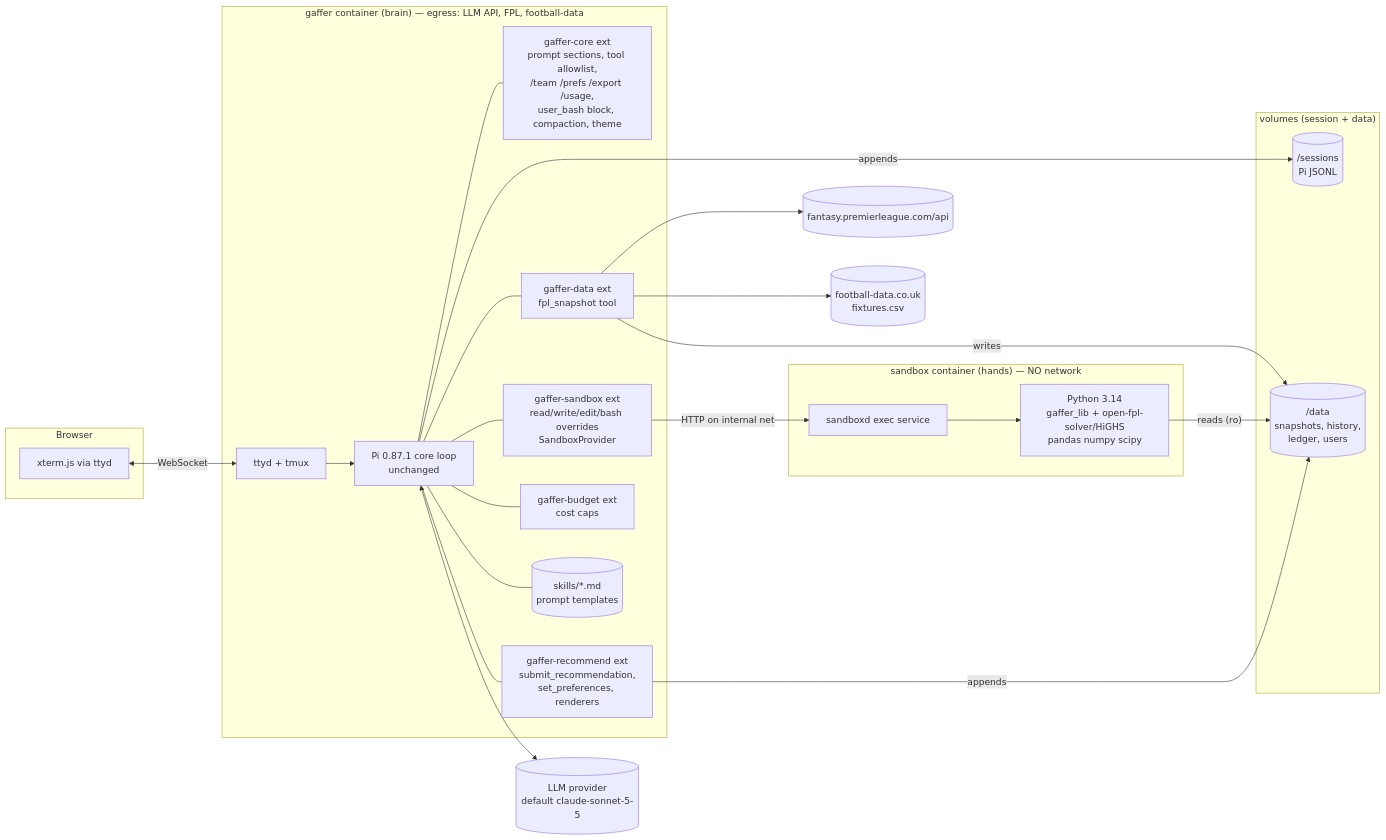
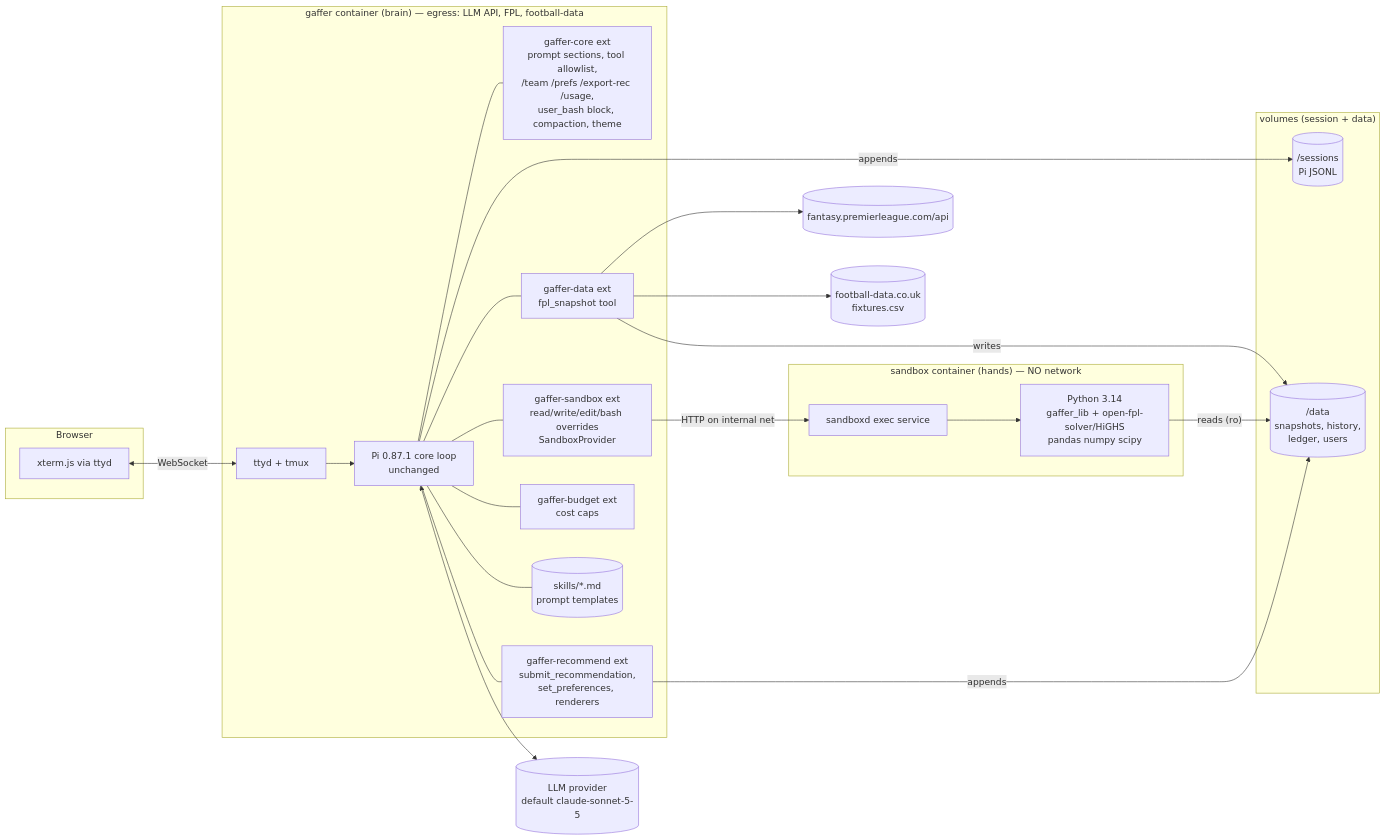
The first of 3 diagrams in docs/ARCHITECTURE.md (chrisxrobinson/gaffer), drawn with Mermaid before and after one commit. The commit also changed other lines of this file and 77 other files, not shown here.

````diff
--- a/docs/ARCHITECTURE.md
+++ b/docs/ARCHITECTURE.md
@@ -14,35 +14,35 @@
 ```mermaid
 flowchart LR
   subgraph Browser
     X[xterm.js via ttyd]
   end
   subgraph gaffer["gaffer container (brain) — egress: LLM API, FPL, football-data"]
     T[ttyd + tmux] --> P[Pi 0.87.1 core loop<br/>unchanged]
-    P --- E1[gaffer-core ext<br/>prompt sections, tool allowlist,<br/>/team /prefs /export /usage,<br/>user_bash block, compaction, theme]
+    P --- E1[gaffer-core ext<br/>prompt sections, tool allowlist,<br/>/team /prefs /export-rec /usage,<br/>user_bash block, compaction, theme]
     P --- E2[gaffer-sandbox ext<br/>read/write/edit/bash overrides<br/>SandboxProvider]
     P --- E3[gaffer-data ext<br/>fpl_snapshot tool]
     P --- E4[gaffer-recommend ext<br/>submit_recommendation,<br/>set_preferences, renderers]
     P --- E5[gaffer-budget ext<br/>cost caps]
     P --- SK[(skills/*.md<br/>prompt templates)]
   end
   subgraph sandbox["sandbox container (hands) — NO network"]
     SD[sandboxd exec service] --> PY[Python 3.14<br/>gaffer_lib + open-fpl-solver/HiGHS<br/>pandas numpy scipy]
   end
   subgraph vols["volumes (session + data)"]
     S[(/sessions<br/>Pi JSONL)]
     D[(/data<br/>snapshots, history,<br/>ledger, users)]
   end
   LLM[(LLM provider<br/>default claude-sonnet-5-5)]
   FPL[(fantasy.premierleague.com/api)]
   FD[(football-data.co.uk<br/>fixtures.csv)]
 
   X <-- WebSocket --> T
   P <--> LLM
   E3 --> FPL
   E3 --> FD
   E2 -- "HTTP on internal net" --> SD
   E3 -- writes --> D
   PY -- reads (ro) --> D
   P -- appends --> S
   E4 -- appends --> D
 ```
````
